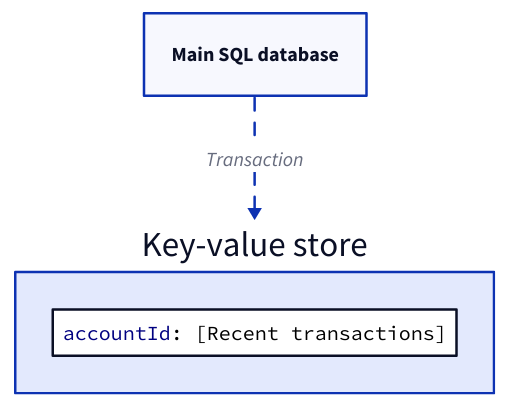
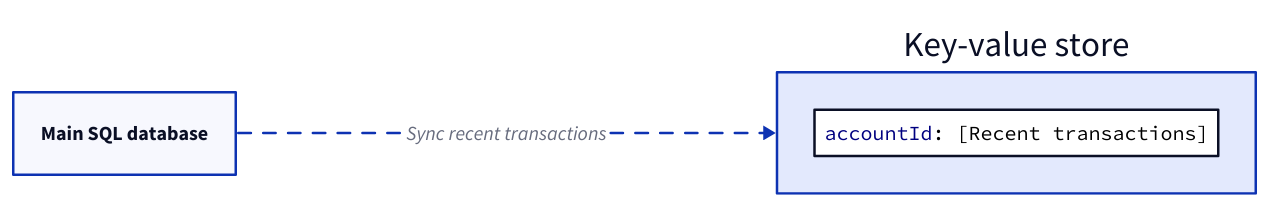
Diagram 14 of 17 in content/docs/design-patterns/event-driven-architecture/event-sourcing.md (link1905/system-design-101), drawn with D2 before and after one commit. The commit also changed other lines of this file and 11 other files, not shown here.

````diff
--- a/content/docs/design-patterns/event-driven-architecture/event-sourcing.md
+++ b/content/docs/design-patterns/event-driven-architecture/event-sourcing.md
@@ -626,13 +564,14 @@
 ```d2
+direction: right
 main: Main SQL database {
     class: db
 }
 balance: Key-value store {
     c: |||yaml
     accountId: [Recent transactions]
     |||
 }
-main -> balance: Transaction {
+main -> balance: Sync recent transactions {
     style.animated: true
 }
 ```
````
